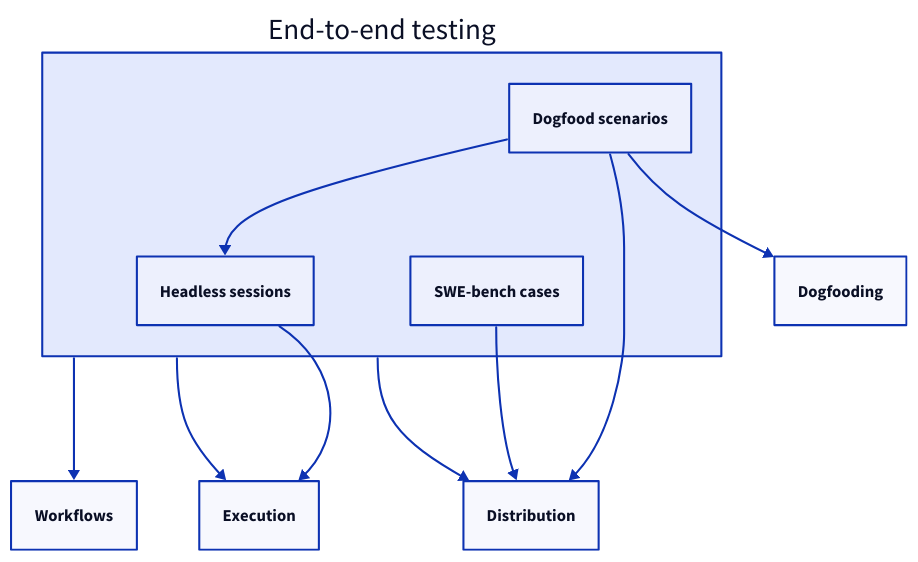
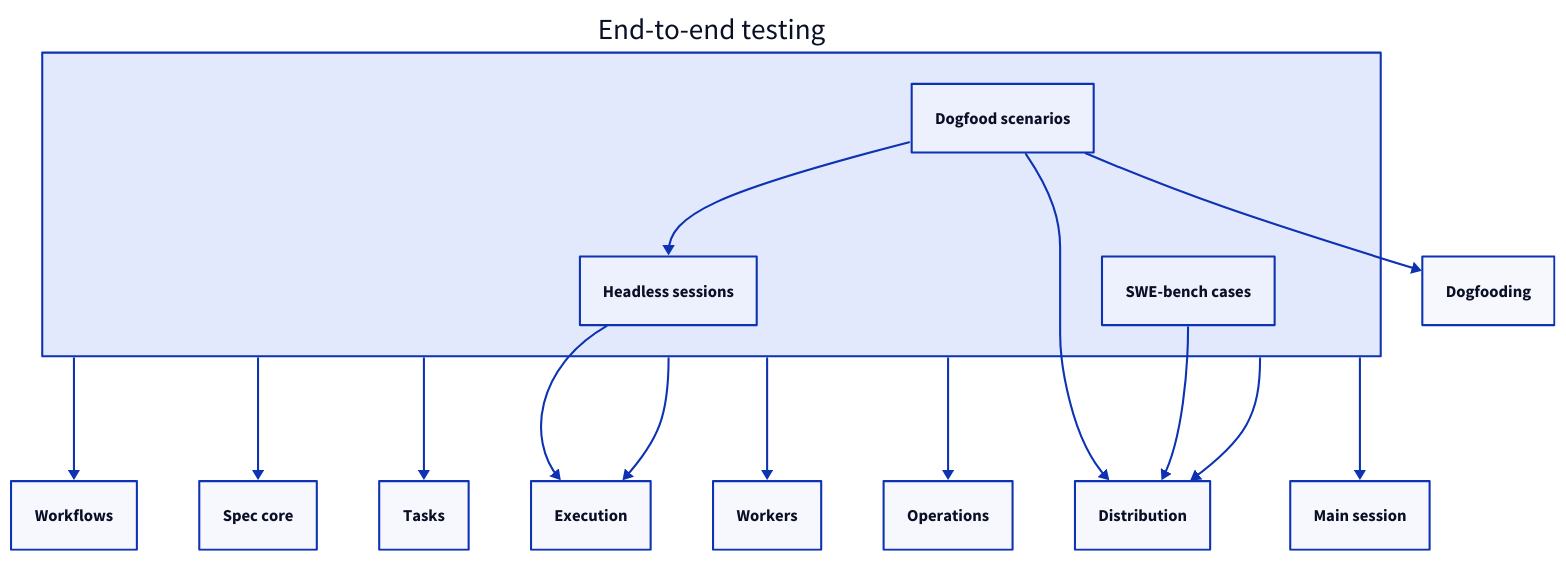
One commit to FTOD/concorde changed the first of 3 diagrams in specs/concorde/e2e/module.md. Above: the diagram before and after it, drawn with D2. The commit also changed other lines of this file and 8 other files, not shown here.

````diff
--- a/specs/concorde/e2e/module.md
+++ b/specs/concorde/e2e/module.md
@@ -67,19 +71,29 @@
 ```d2
 e2e: End-to-end testing {
   sessions: Headless sessions
   cases: SWE-bench cases
   dogfood: Dogfood scenarios
   dogfood -> sessions
 }
 execution: Execution
 distribution: Distribution
 dogfooding: Dogfooding
 workflows: Workflows
+spec: Spec core
+tasks: Tasks
+workers: Workers
+operations: Operations
+main_session: Main session
 e2e -> workflows
 e2e -> execution
 e2e -> distribution
+e2e -> spec
+e2e -> tasks
+e2e -> workers
+e2e -> operations
+e2e -> main_session
 e2e.sessions -> execution
 e2e.cases -> distribution
 e2e.dogfood -> distribution
 e2e.dogfood -> dogfooding
 ```
````
